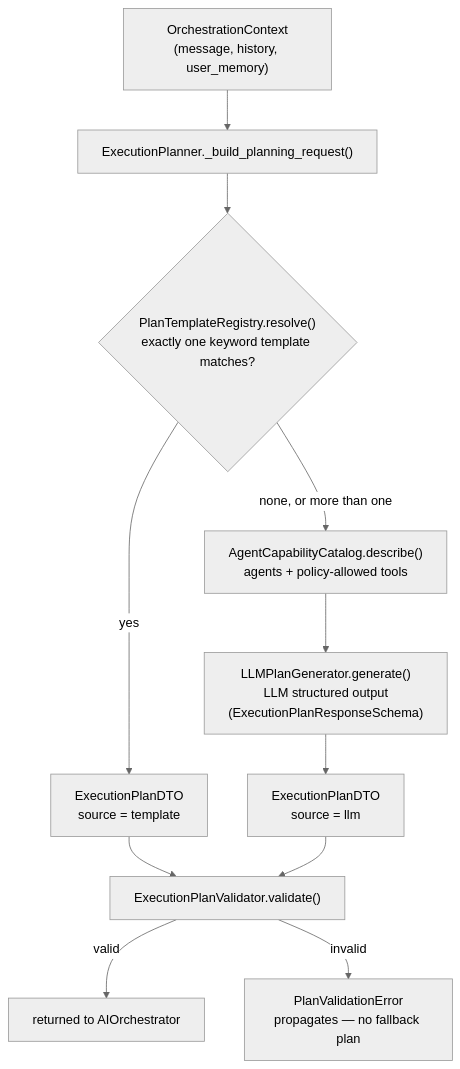
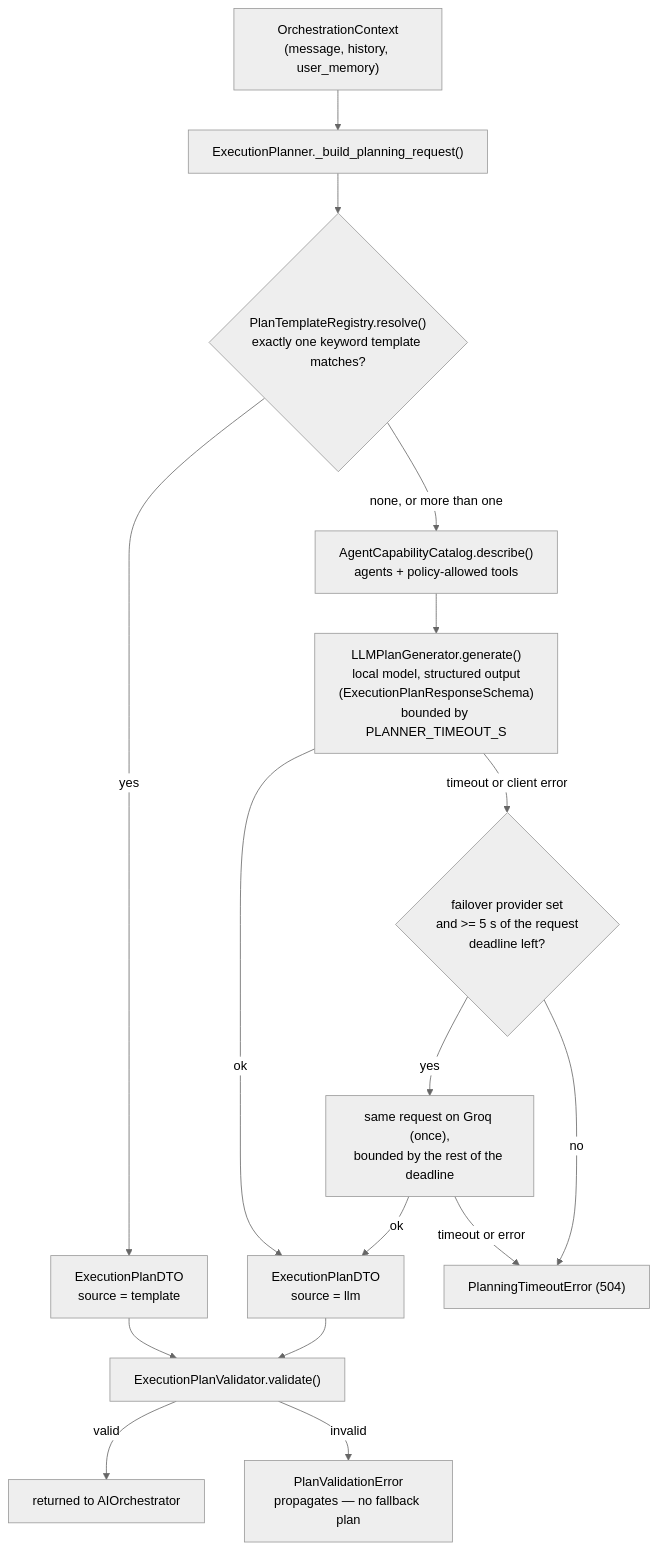
One commit to bharatkse/juris-ai changed the diagram in server/src/agentic/planning/README.md. Above: the diagram before and after it, drawn with Mermaid (neutral theme). The commit also changed other lines of this file and 74 other files, not shown here.

````diff
--- a/server/src/agentic/planning/README.md
+++ b/server/src/agentic/planning/README.md
@@ -26,13 +26,18 @@
 ```mermaid
 flowchart TD
     CTX["OrchestrationContext<br/>(message, history, user_memory)"] --> REQ["ExecutionPlanner._build_planning_request()"]
     REQ --> TPL{"PlanTemplateRegistry.resolve()<br/>exactly one keyword template matches?"}
     TPL -->|yes| PLAN["ExecutionPlanDTO<br/>source = template"]
     TPL -->|none, or more than one| CAP["AgentCapabilityCatalog.describe()<br/>agents + policy-allowed tools"]
-    CAP --> LLM["LLMPlanGenerator.generate()<br/>LLM structured output<br/>(ExecutionPlanResponseSchema)"]
-    LLM --> PLAN2["ExecutionPlanDTO<br/>source = llm"]
+    CAP --> LLM["LLMPlanGenerator.generate()<br/>local model, structured output<br/>(ExecutionPlanResponseSchema)<br/>bounded by PLANNER_TIMEOUT_S"]
+    LLM -->|ok| PLAN2["ExecutionPlanDTO<br/>source = llm"]
+    LLM -->|timeout or client error| FAILOVER{"failover provider set<br/>and >= 5 s of the request<br/>deadline left?"}
+    FAILOVER -->|yes| GROQ["same request on Groq (once),<br/>bounded by the rest of the deadline"]
+    GROQ -->|ok| PLAN2
+    GROQ -->|timeout or error| TO["PlanningTimeoutError (504)"]
+    FAILOVER -->|no| TO
     PLAN --> VAL["ExecutionPlanValidator.validate()"]
     PLAN2 --> VAL
     VAL -->|valid| OUT["returned to AIOrchestrator"]
     VAL -->|invalid| ERR["PlanValidationError<br/>propagates — no fallback plan"]
 ```
````
